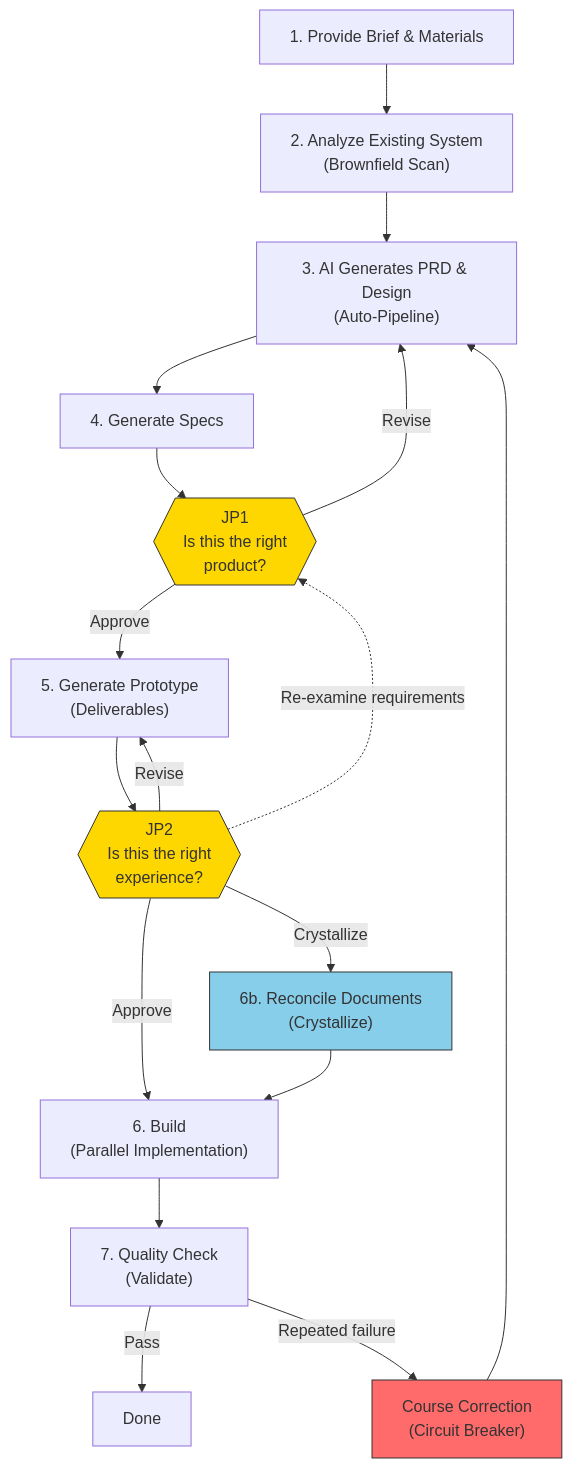
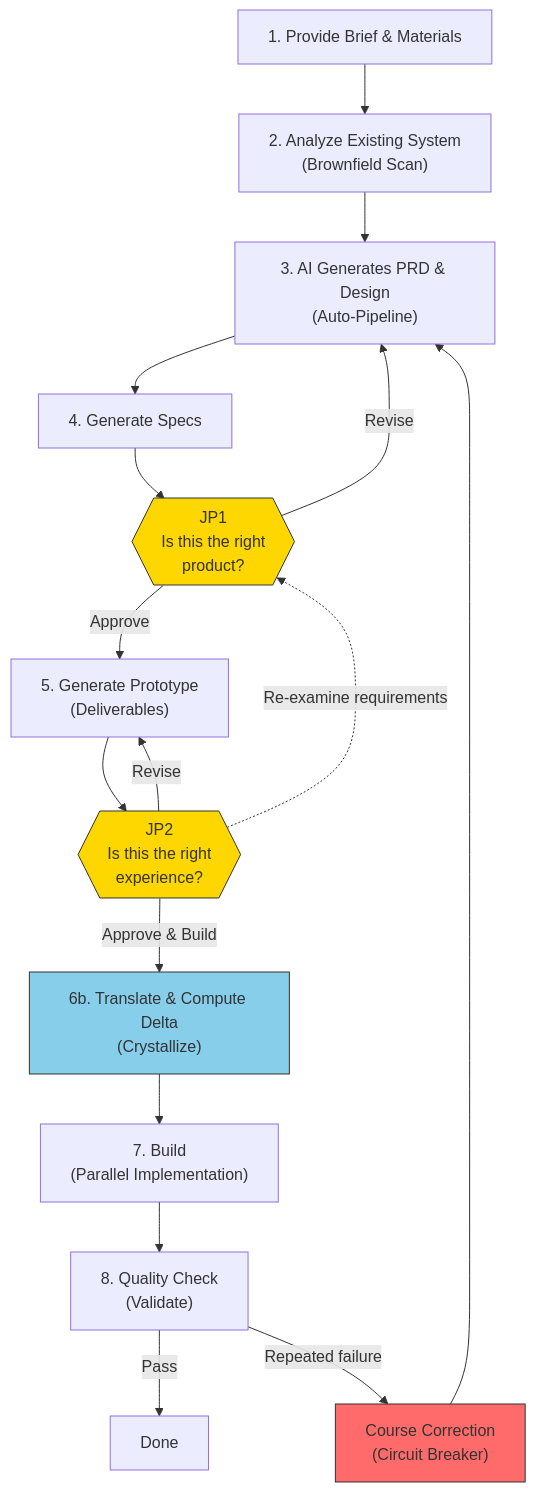
The diagram in README.md (kangminlee-maker/jdd-sprint-kit), drawn with Mermaid before and after one commit. The commit also changed other lines of this file and 10 other files, not shown here.

````diff
--- a/README.md
+++ b/README.md
@@ -14,24 +14,23 @@
 ```mermaid
 flowchart TD
     A["1. Provide Brief & Materials"] --> B["2. Analyze Existing System\n(Brownfield Scan)"]
     B --> C["3. AI Generates PRD & Design\n(Auto-Pipeline)"]
     C --> D["4. Generate Specs"]
     D --> JP1{{"JP1\nIs this the right\nproduct?"}}
     JP1 -->|Approve| E["5. Generate Prototype\n(Deliverables)"]
     JP1 -->|Revise| C
     E --> JP2{{"JP2\nIs this the right\nexperience?"}}
-    JP2 -->|Approve| F["6. Build\n(Parallel Implementation)"]
-    JP2 -->|Crystallize| CR["6b. Reconcile Documents\n(Crystallize)"]
+    JP2 -->|Approve & Build| CR["6b. Translate & Compute Delta\n(Crystallize)"]
     JP2 -->|Revise| E
     JP2 -.->|Re-examine requirements| JP1
-    CR --> F
-    F --> G["7. Quality Check\n(Validate)"]
+    CR --> F["7. Build\n(Parallel Implementation)"]
+    F --> G["8. Quality Check\n(Validate)"]
     G -->|Pass| H["Done"]
     G -->|Repeated failure| CB["Course Correction\n(Circuit Breaker)"]
     CB --> C
 
     style JP1 fill:#FFD700,stroke:#333
     style JP2 fill:#FFD700,stroke:#333
     style CR fill:#87CEEB,stroke:#333
     style CB fill:#FF6B6B,stroke:#333
 ```
````
